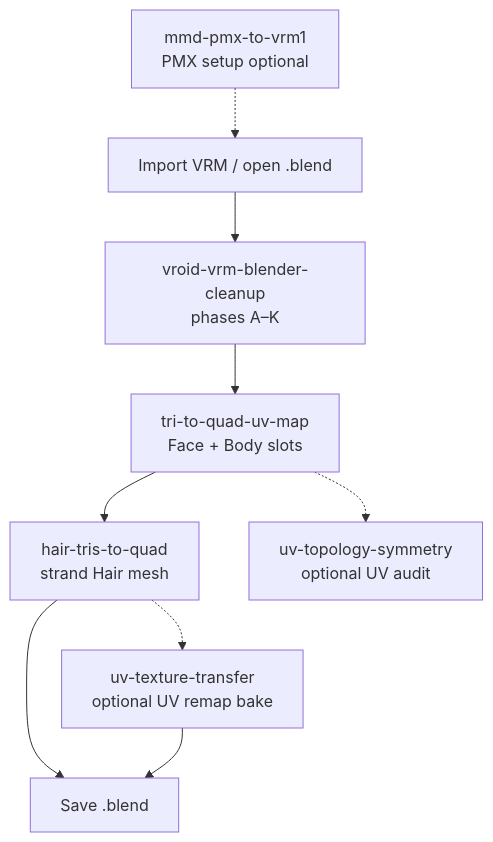
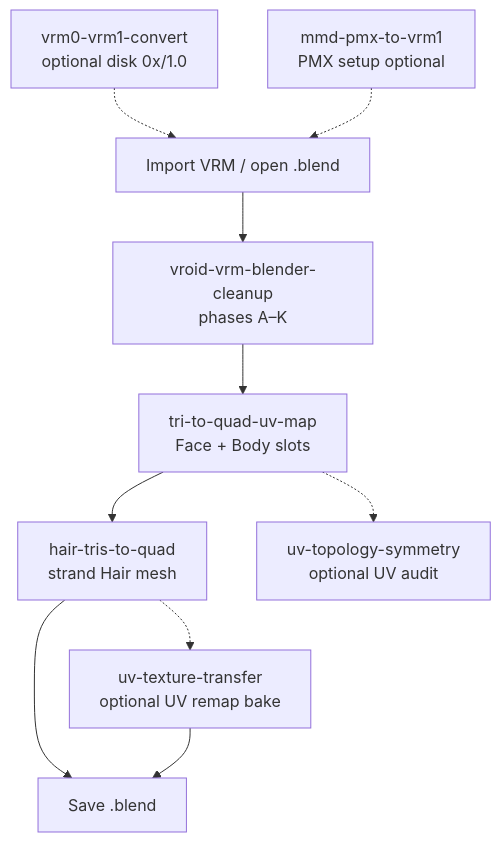
Before and after one commit to miramocha/blender-skills-and-rules: the first of 8 diagrams in skills/README.md, drawn with Mermaid. The commit also changed other lines of this file and 18 other files, not shown here.

````diff
--- a/skills/README.md
+++ b/skills/README.md
@@ -24,18 +24,20 @@
 ```mermaid
 flowchart TD
+  conv[vrm0-vrm1-convert<br/>optional disk 0x/1.0]
   pmx[mmd-pmx-to-vrm1<br/>PMX setup optional]
   start[Import VRM / open .blend]
   cleanup[vroid-vrm-blender-cleanup<br/>phases A–K]
   tq[tri-to-quad-uv-map<br/>Face + Body slots]
   hair[hair-tris-to-quad<br/>strand Hair mesh]
   uvx[uv-texture-transfer<br/>optional UV remap bake]
   sym[uv-topology-symmetry<br/>optional UV audit]
   save[Save .blend]
 
+  conv -.-> start
   pmx -.-> start
   start --> cleanup --> tq --> hair
   tq -.-> sym
   hair -.-> uvx
   hair --> save
   uvx --> save
 ```
````
